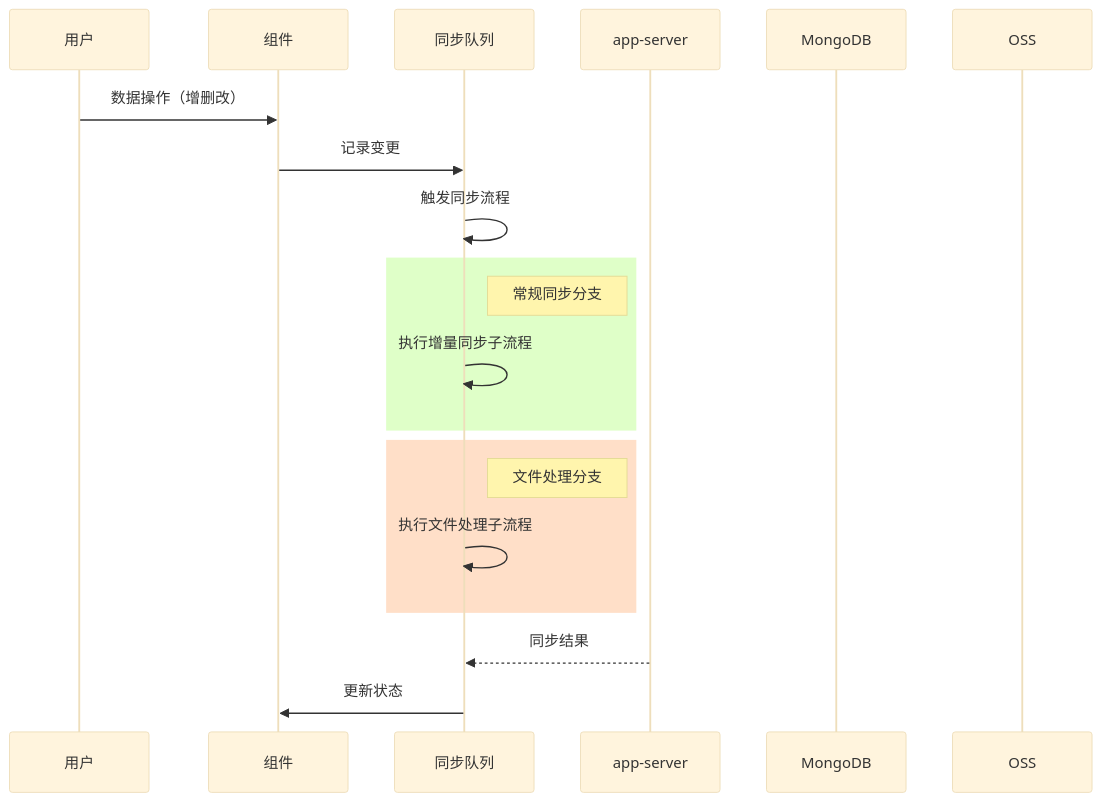
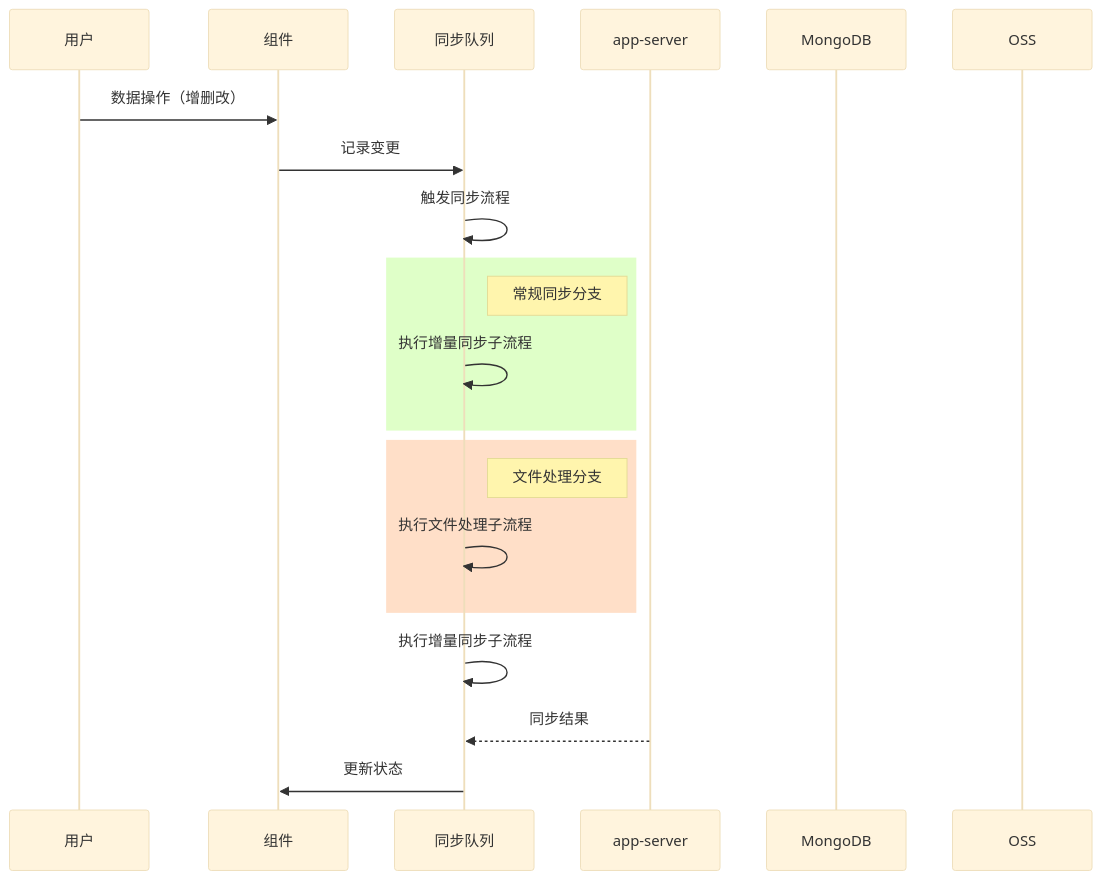
One commit to yingjianzh/iodraw-files changed the diagram in all/未命名-24.md. Above: the diagram before and after it, drawn with Mermaid (base theme).

Commit message:
2025-02-24 16:20:43 update

````diff
--- a/all/未命名-24.md
+++ b/all/未命名-24.md
@@ -1,32 +1,33 @@
 ```mermaid
 
 sequenceDiagram
     participant 用户
     participant 组件
     participant 同步队列
     participant app-server
     participant MongoDB
     participant OSS
 
 
     用户->>组件: 数据操作（增删改）
     组件->>同步队列: 记录变更
     同步队列->>同步队列: 触发同步流程
 
 
     rect rgb(223,255,200)
     Note right of 同步队列: 常规同步分支
     同步队列->>同步队列: 执行增量同步子流程
     end
 
     rect rgb(255,223,200)
     Note right of 同步队列: 文件处理分支
     同步队列->>同步队列: 执行文件处理子流程
     end
     
+    同步队列->>同步队列: 执行增量同步子流程
     
 
     app-server-->>同步队列: 同步结果
     同步队列->>组件: 更新状态
 
 ```
````
